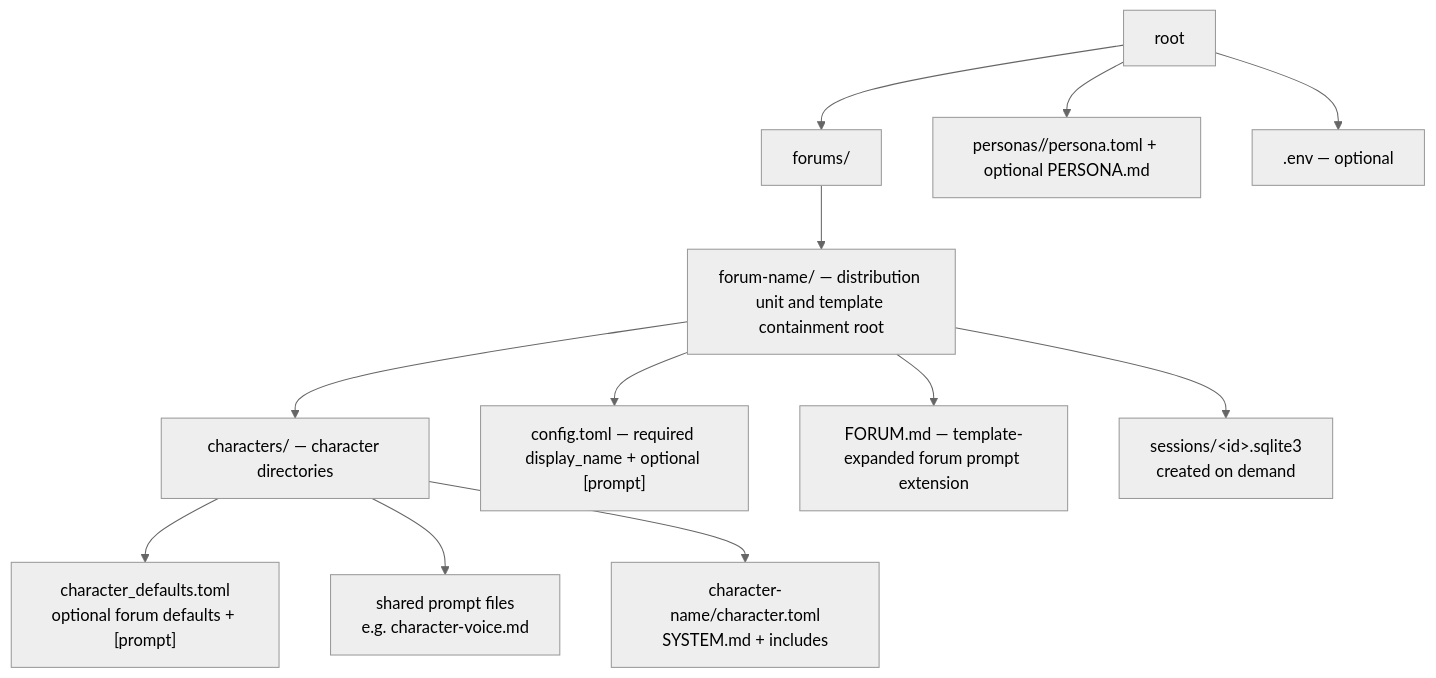
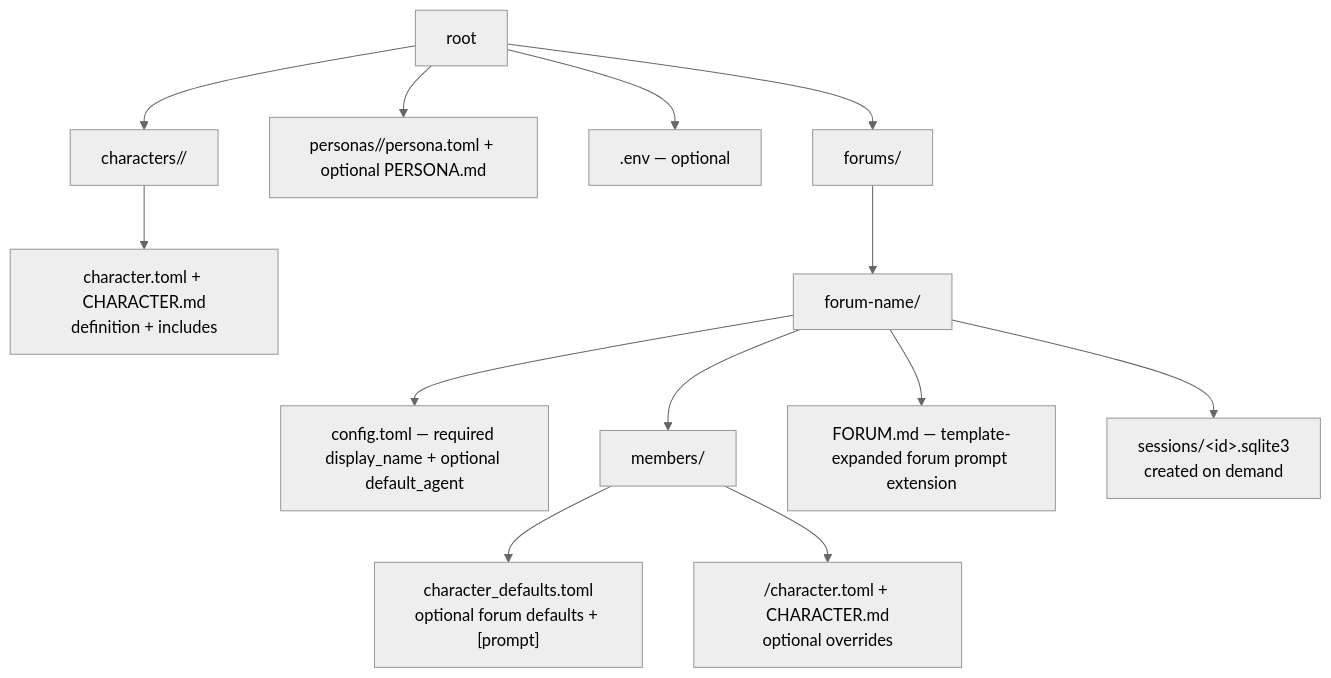
One commit to michaelpopov/cha changed the first of 4 diagrams in src/session/README.md. Above: the diagram before and after it, drawn with Mermaid (neutral theme). The commit also changed other lines of this file and 42 other files, not shown here.

````diff
--- a/src/session/README.md
+++ b/src/session/README.md
@@ -23,14 +23,15 @@
 ```mermaid
 flowchart TD
     root --> forums["forums/"]
     root --> personas["personas/<id>/persona.toml + optional PERSONA.md"]
     root --> env[".env — optional"]
-    characters --> base["character_defaults.toml<br/>optional forum defaults + [prompt]"]
-    characters --> shared["shared prompt files<br/>e.g. character-voice.md"]
-    forums --> forum["forum-name/ — distribution unit and template containment root"]
-    forum --> config["config.toml — required display_name + optional [prompt]"]
-    forum --> characters["characters/ — character directories"]
-    characters --> character["character-name/character.toml<br/>SYSTEM.md + includes"]
+    root --> characters["characters/<id>/"]
+    characters --> character["character.toml + CHARACTER.md<br/>definition + includes"]
+    forums --> forum["forum-name/"]
+    forum --> config["config.toml — required display_name + optional default_agent"]
+    forum --> members["members/"]
+    members --> base["character_defaults.toml<br/>optional forum defaults + [prompt]"]
+    members --> member["<id>/character.toml + CHARACTER.md<br/>optional overrides"]
     forum --> forum_prompt["FORUM.md — template-expanded forum prompt extension"]
     forum --> sessions["sessions/&lt;id&gt;.sqlite3<br/>created on demand"]
 ```
````
